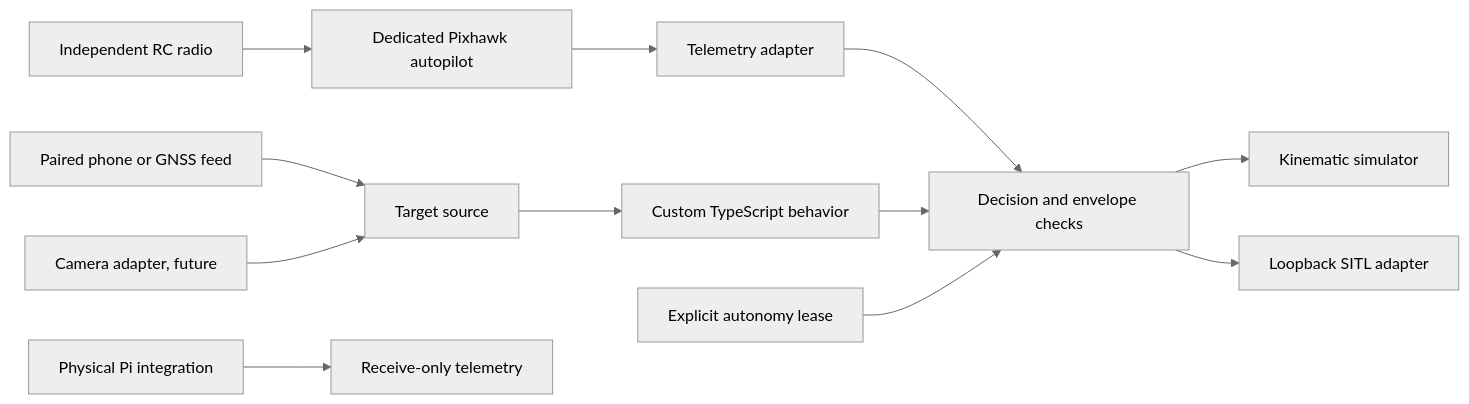
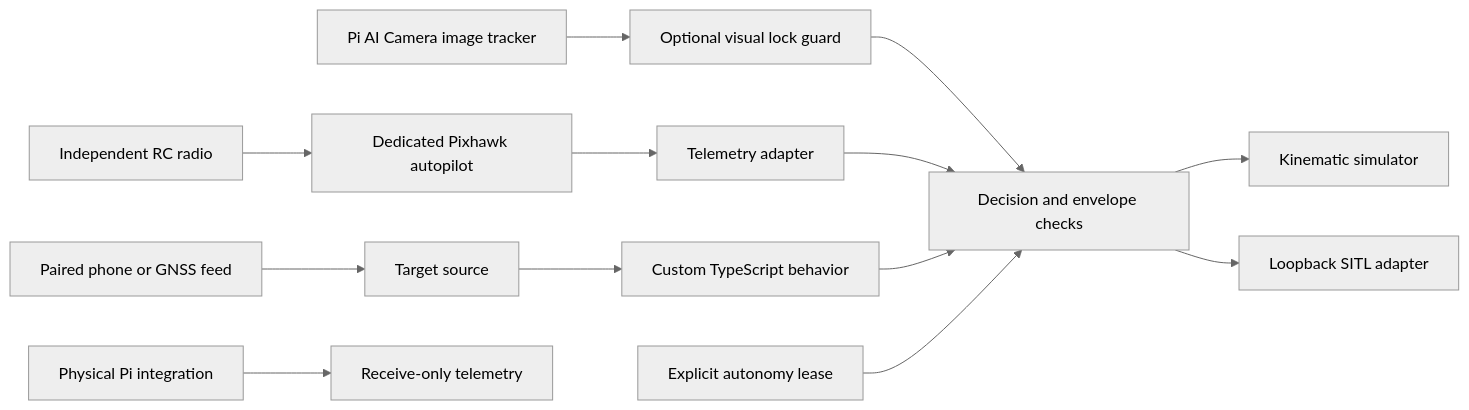
The diagram in docs/architecture.md (stacksjs/drone), drawn with Mermaid (neutral theme) before and after one commit. The commit also changed other lines of this file and 51 other files, not shown here.

````diff
--- a/docs/architecture.md
+++ b/docs/architecture.md
@@ -3,14 +3,15 @@
 ```mermaid
 flowchart LR
   GPS[Paired phone or GNSS feed] --> TS[Target source]
-  Camera[Camera adapter, future] --> TS
+  Camera[Pi AI Camera image tracker] --> Guard[Optional visual lock guard]
+  Guard --> Gate
   TS --> Behavior[Custom TypeScript behavior]
   FC[Dedicated Pixhawk autopilot] --> Telemetry[Telemetry adapter]
   Telemetry --> Gate[Decision and envelope checks]
   Behavior --> Gate
   Lease[Explicit autonomy lease] --> Gate
   Gate --> Sim[Kinematic simulator]
   Gate --> SITL[Loopback SITL adapter]
   Pi[Physical Pi integration] --> RX[Receive-only telemetry]
   RC[Independent RC radio] --> FC
 ```
````
